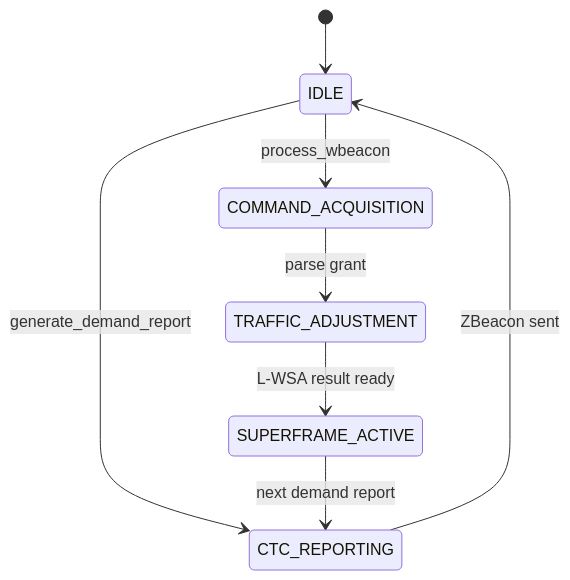
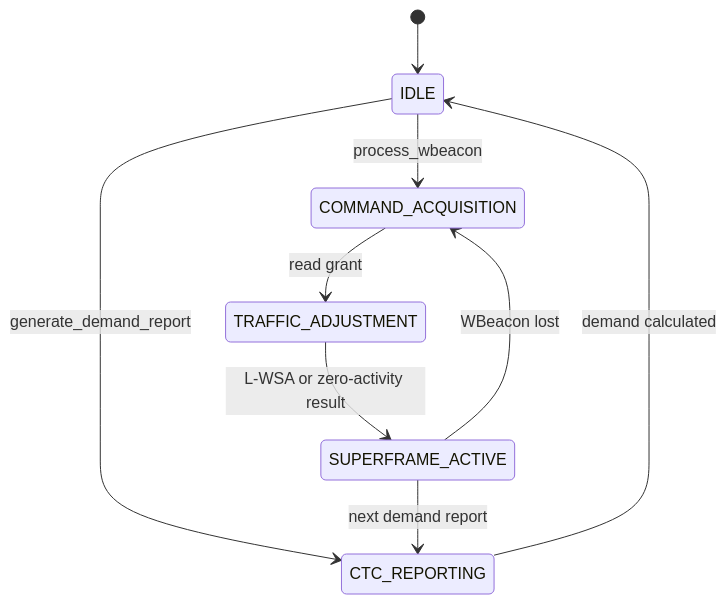
The second of 2 diagrams in reviews/study_guide_divyansh.md (upayanmazumder/cowicmac-case-study), drawn with Mermaid before and after one commit. The commit also changed other lines of this file and 11 other files, not shown here.

````diff
--- a/reviews/study_guide_divyansh.md
+++ b/reviews/study_guide_divyansh.md
@@ -136,10 +134,11 @@
 ```mermaid
 stateDiagram-v2
   [*] --> IDLE
   IDLE --> CTC_REPORTING: generate_demand_report
-  CTC_REPORTING --> IDLE: ZBeacon sent
+  CTC_REPORTING --> IDLE: demand calculated
   IDLE --> COMMAND_ACQUISITION: process_wbeacon
-  COMMAND_ACQUISITION --> TRAFFIC_ADJUSTMENT: parse grant
-  TRAFFIC_ADJUSTMENT --> SUPERFRAME_ACTIVE: L-WSA result ready
+  COMMAND_ACQUISITION --> TRAFFIC_ADJUSTMENT: read grant
+  TRAFFIC_ADJUSTMENT --> SUPERFRAME_ACTIVE: L-WSA or zero-activity result
   SUPERFRAME_ACTIVE --> CTC_REPORTING: next demand report
+  SUPERFRAME_ACTIVE --> COMMAND_ACQUISITION: WBeacon lost
 ```
````
